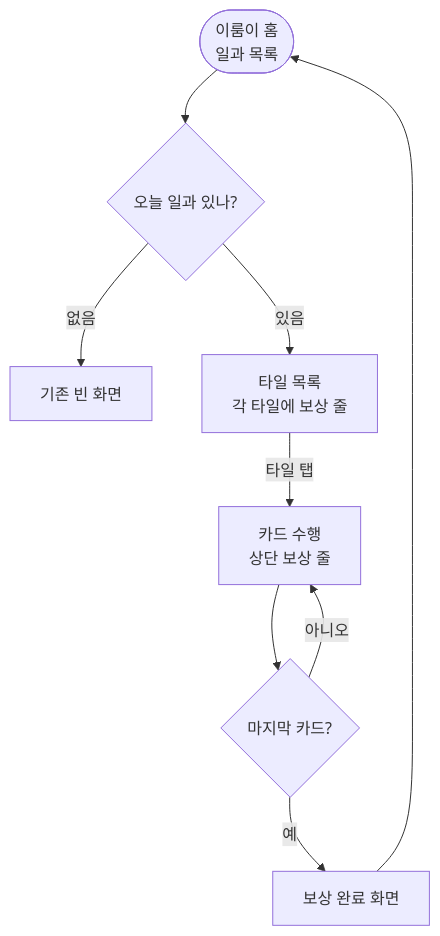
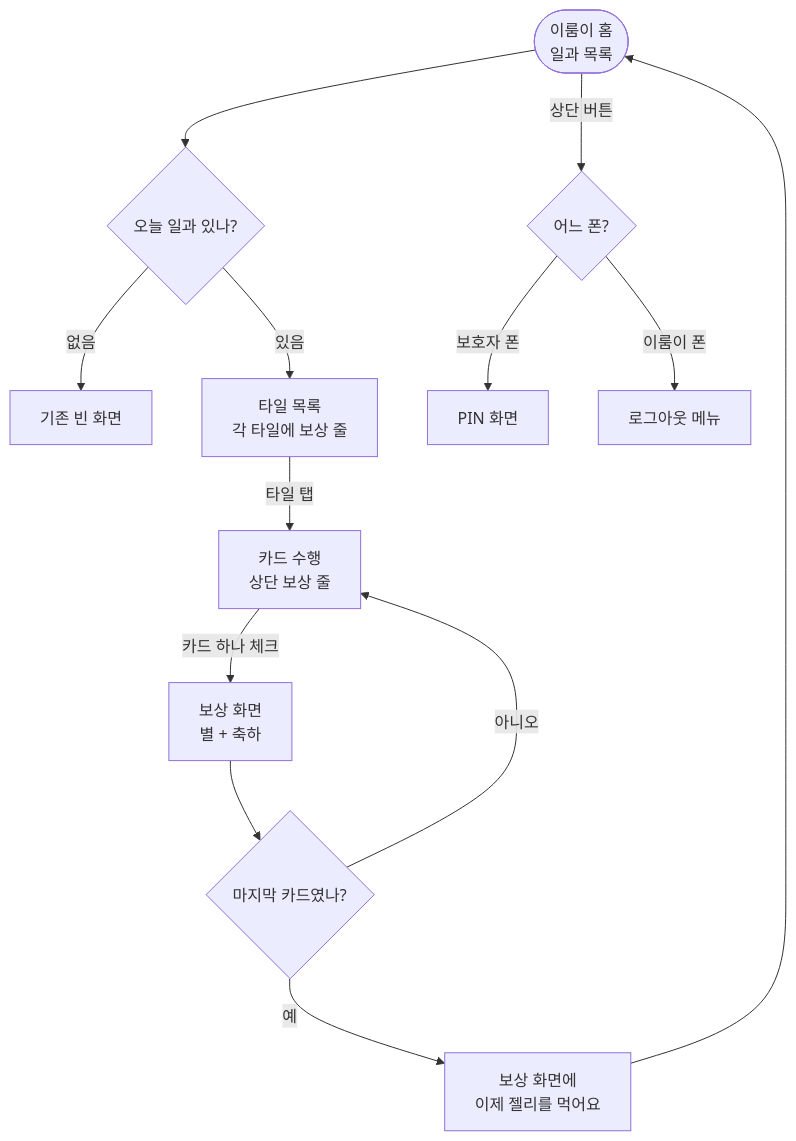
One commit to Twin-Fang/elum changed the third of 4 diagrams in docs/superpowers/specs/2026-09-18-화면-전체명세.md. Above: the diagram before and after it, drawn with Mermaid. The commit also changed other lines of this file and 1 other file, not shown here.

First line of the commit message:
이룸이 화면 : docs : 보상 문구를 마지막 카드일 때만 띄우고 이룸이 폰 로그아웃 메뉴를 넣음

````diff
--- a/docs/superpowers/specs/2026-09-18-화면-전체명세.md
+++ b/docs/superpowers/specs/2026-09-18-화면-전체명세.md
@@ -213,11 +213,15 @@
 ```mermaid
 flowchart TD
     A([이룸이 홈<br/>일과 목록]) --> B{오늘 일과 있나?}
     B -->|없음| C[기존 빈 화면]
     B -->|있음| D[타일 목록<br/>각 타일에 보상 줄]
     D -->|타일 탭| F[카드 수행<br/>상단 보상 줄]
-    F --> G{마지막 카드?}
+    A -->|상단 버튼| L{어느 폰?}
+    L -->|보호자 폰| M[PIN 화면]
+    L -->|이룸이 폰| N[로그아웃 메뉴]
+    F -->|카드 하나 체크| H[보상 화면<br/>별 + 축하]
+    H --> G{마지막 카드였나?}
     G -->|아니오| F
-    G -->|예| H[보상 완료 화면]
-    H --> A
+    G -->|예| I[보상 화면에<br/>이제 젤리를 먹어요]
+    I --> A
 ```
````
